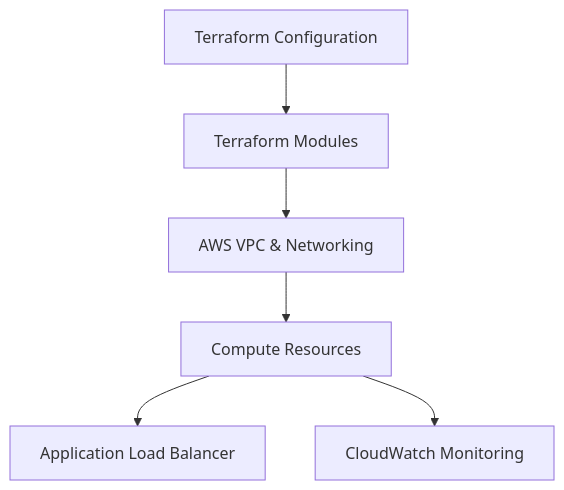
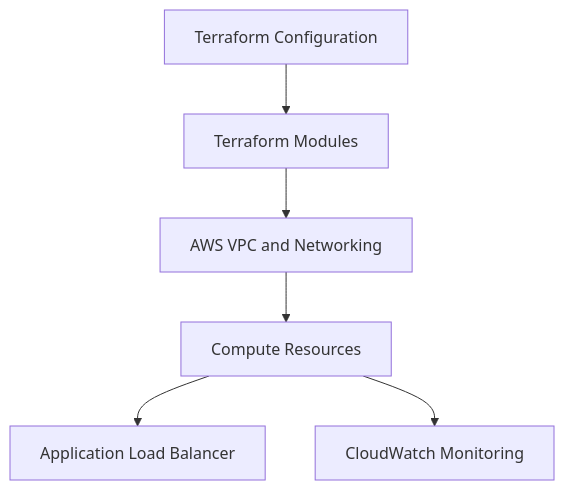
Before and after one commit to manesaurabh1704-devops/manesaurabh1704-devops: the eighth of 8 diagrams in README.md, drawn with Mermaid. The commit also changed other lines of this file, not shown here.

````diff
--- a/README.md
+++ b/README.md
@@ -577,8 +522,8 @@
 ```mermaid
 flowchart TD
     A["Terraform Configuration"] --> B["Terraform Modules"]
-    B --> C["AWS VPC & Networking"]
+    B --> C["AWS VPC and Networking"]
     C --> D["Compute Resources"]
     D --> E["Application Load Balancer"]
     D --> F["CloudWatch Monitoring"]
 ```
````
